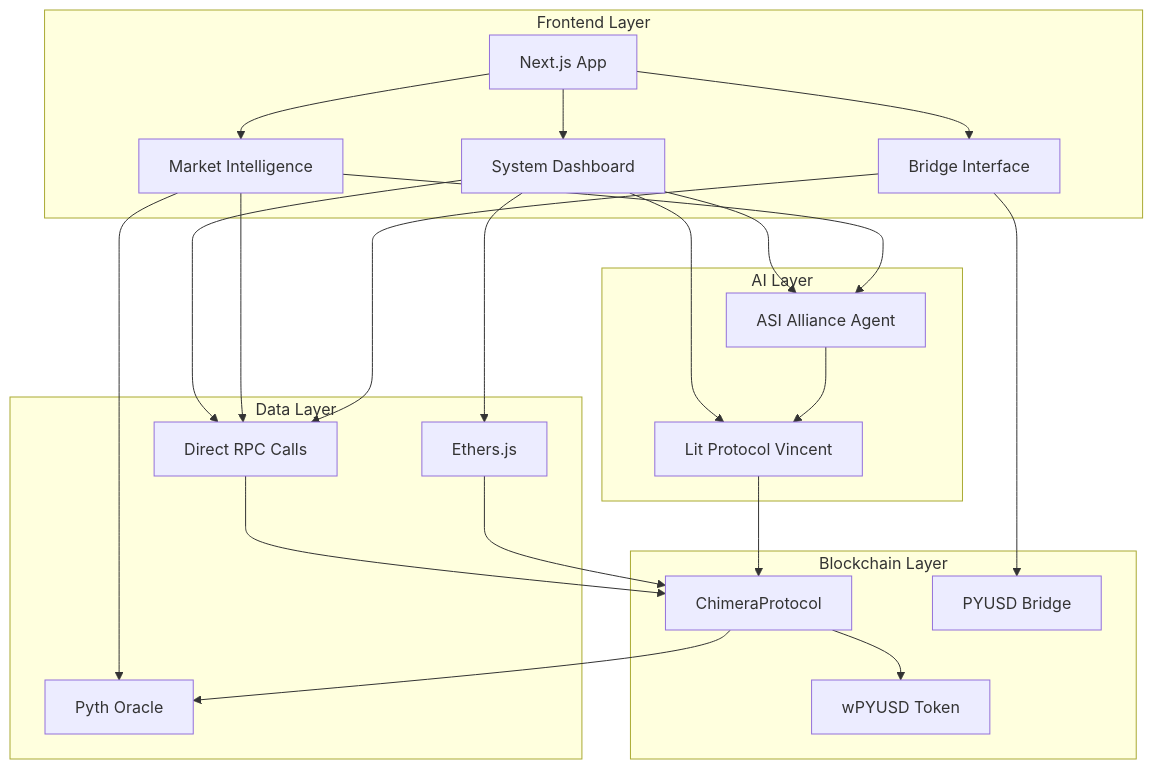
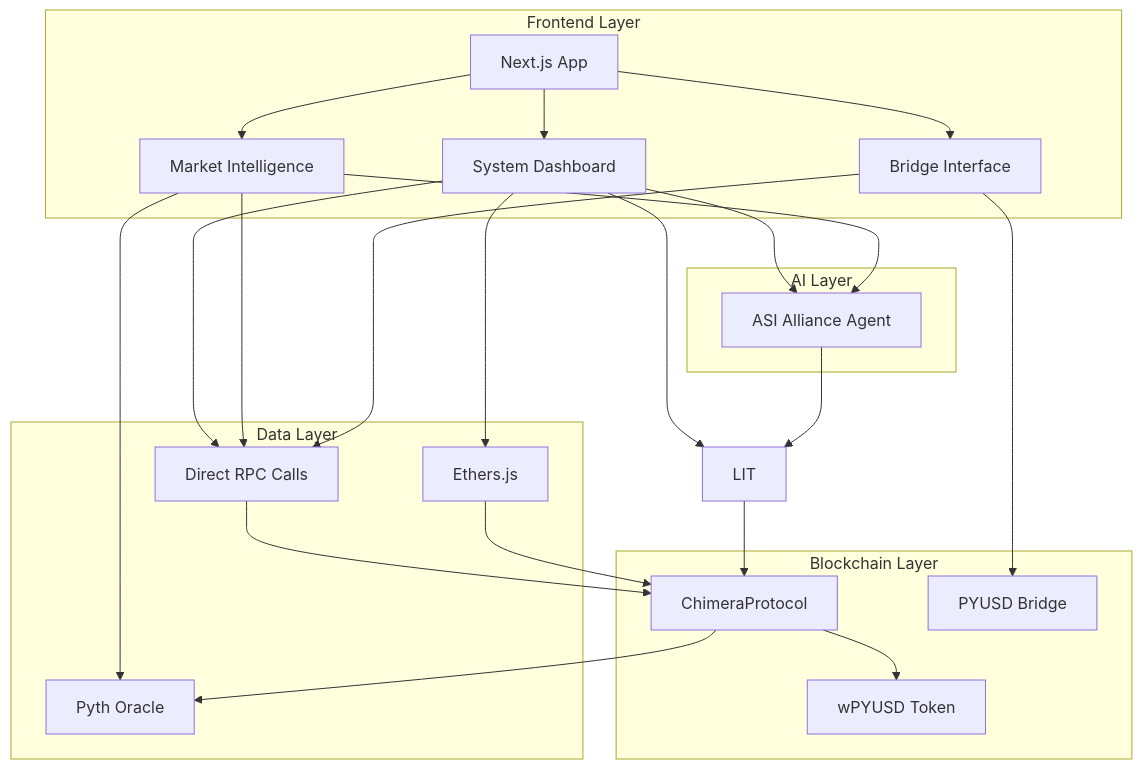
One commit to enliven17/chimera-protocol changed the diagram in README.md. Above: the diagram before and after it, drawn with Mermaid. The commit also changed other lines of this file and 131 other files, not shown here.

````diff
--- a/README.md
+++ b/README.md
@@ -59,50 +59,50 @@
 ```mermaid
 graph TB
     subgraph "Frontend Layer"
         FE[Next.js App]
         SD[System Dashboard]
         MI[Market Intelligence]
         BR[Bridge Interface]
     end
 
     subgraph "AI Layer"
         ASI[ASI Alliance Agent]
-        LIT[Lit Protocol Vincent]
+
     end
 
     subgraph "Data Layer"
         RPC[Direct RPC Calls]
         PYT[Pyth Oracle]
         ETH[Ethers.js]
     end
 
     subgraph "Blockchain Layer"
         CP[ChimeraProtocol]
         PYUSD[wPYUSD Token]
         BRIDGE[PYUSD Bridge]
     end
 
     FE --> SD
     FE --> MI
     FE --> BR
     
     SD --> ASI
     SD --> LIT
     SD --> RPC
     SD --> ETH
     
     MI --> ASI
     MI --> RPC
     MI --> PYT
     
     BR --> BRIDGE
     BR --> RPC
     
     ASI --> LIT
     LIT --> CP
     CP --> PYUSD
     CP --> PYT
     
     RPC --> CP
     ETH --> CP
 ```
````
